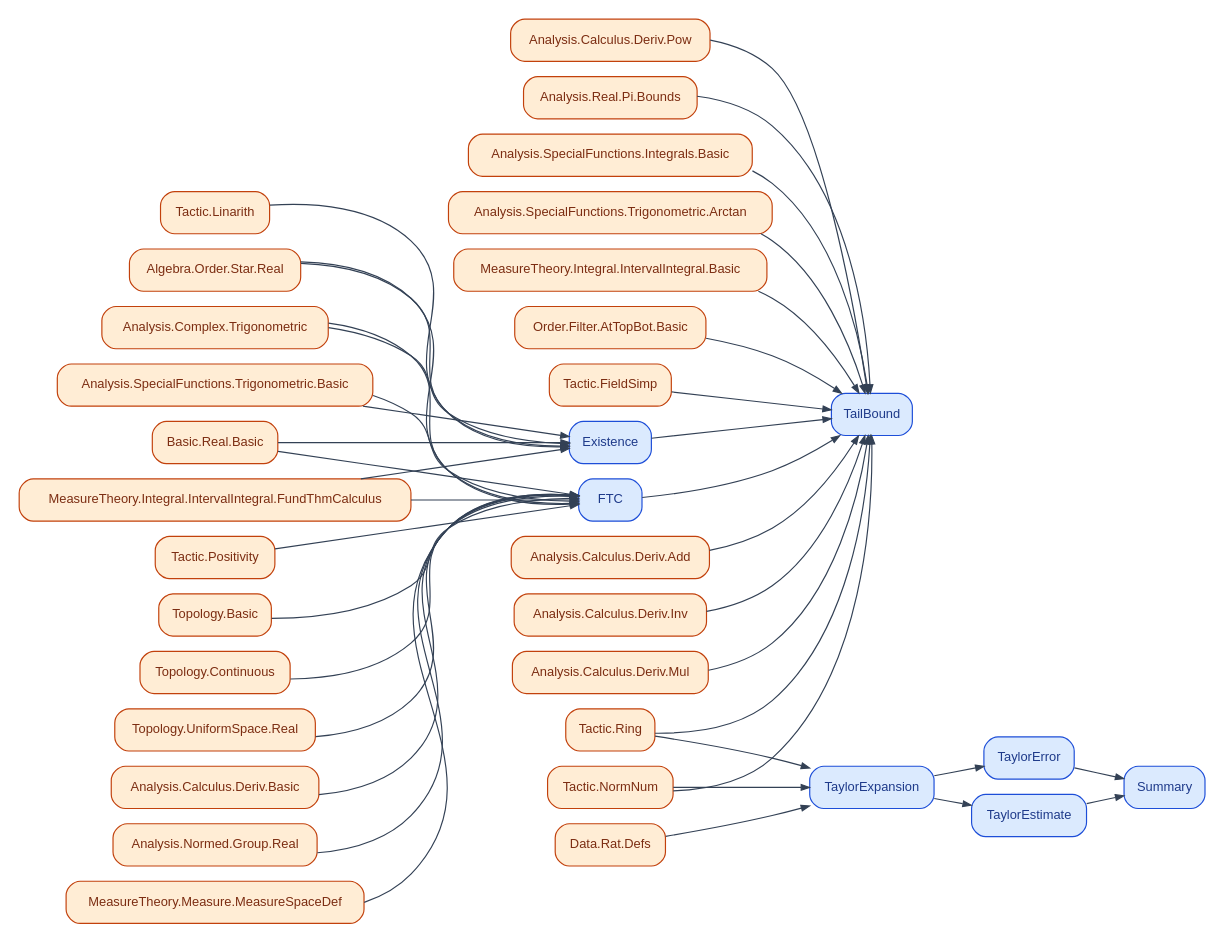
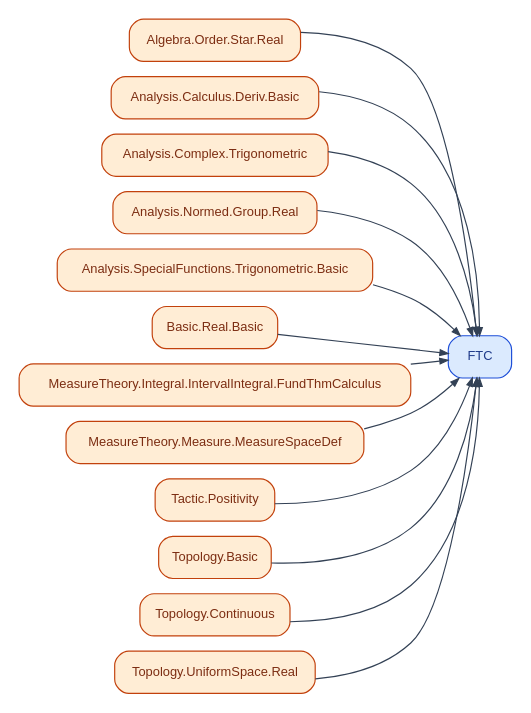
The diagram in figures/deps/Course21120.dot (catskillsresearch/BachelorsInMeasurementTheory), drawn with Graphviz before and after one commit. The commit also changed 157 other files, not shown here.

```diff
--- a/figures/deps/Course21120.dot
+++ b/figures/deps/Course21120.dot
@@ -1,80 +1,33 @@
 digraph Course21120 {
   rankdir=LR;
   graph [nodesep=0.18, ranksep=0.45, pad=0.12, bgcolor="white"];
   node [shape=box, style="rounded,filled", fontname="Helvetica", fontsize=11];
   edge [color="#334155", arrowsize=0.7];
 
   LAlgebraOrderStarReal [label="Algebra.Order.Star.Real", fillcolor="#ffedd5", color="#c2410c", fontcolor="#7c2d12"];
-  LAnalysisCalculusDerivAdd [label="Analysis.Calculus.Deriv.Add", fillcolor="#ffedd5", color="#c2410c", fontcolor="#7c2d12"];
   LAnalysisCalculusDerivBasic [label="Analysis.Calculus.Deriv.Basic", fillcolor="#ffedd5", color="#c2410c", fontcolor="#7c2d12"];
-  LAnalysisCalculusDerivInv [label="Analysis.Calculus.Deriv.Inv", fillcolor="#ffedd5", color="#c2410c", fontcolor="#7c2d12"];
-  LAnalysisCalculusDerivMul [label="Analysis.Calculus.Deriv.Mul", fillcolor="#ffedd5", color="#c2410c", fontcolor="#7c2d12"];
-  LAnalysisCalculusDerivPow [label="Analysis.Calculus.Deriv.Pow", fillcolor="#ffedd5", color="#c2410c", fontcolor="#7c2d12"];
   LAnalysisComplexTrigonometric [label="Analysis.Complex.Trigonometric", fillcolor="#ffedd5", color="#c2410c", fontcolor="#7c2d12"];
   LAnalysisNormedGroupReal [label="Analysis.Normed.Group.Real", fillcolor="#ffedd5", color="#c2410c", fontcolor="#7c2d12"];
-  LAnalysisRealPiBounds [label="Analysis.Real.Pi.Bounds", fillcolor="#ffedd5", color="#c2410c", fontcolor="#7c2d12"];
-  LAnalysisSpecialFunctionsIntegralsBasic [label="Analysis.SpecialFunctions.Integrals.Basic", fillcolor="#ffedd5", color="#c2410c", fontcolor="#7c2d12"];
-  LAnalysisSpecialFunctionsTrigonometricArctan [label="Analysis.SpecialFunctions.Trigonometric.Arctan", fillcolor="#ffedd5", color="#c2410c", fontcolor="#7c2d12"];
   LAnalysisSpecialFunctionsTrigonometricBasic [label="Analysis.SpecialFunctions.Trigonometric.Basic", fillcolor="#ffedd5", color="#c2410c", fontcolor="#7c2d12"];
   LBasicRealBasic [label="Basic.Real.Basic", fillcolor="#ffedd5", color="#c2410c", fontcolor="#7c2d12"];
-  LDataRatDefs [label="Data.Rat.Defs", fillcolor="#ffedd5", color="#c2410c", fontcolor="#7c2d12"];
-  LMeasureTheoryIntegralIntervalIntegralBasic [label="MeasureTheory.Integral.IntervalIntegral.Basic", fillcolor="#ffedd5", color="#c2410c", fontcolor="#7c2d12"];
   LMeasureTheoryIntegralIntervalIntegralFundThmCalculus [label="MeasureTheory.Integral.IntervalIntegral.FundThmCalculus", fillcolor="#ffedd5", color="#c2410c", fontcolor="#7c2d12"];
   LMeasureTheoryMeasureMeasureSpaceDef [label="MeasureTheory.Measure.MeasureSpaceDef", fillcolor="#ffedd5", color="#c2410c", fontcolor="#7c2d12"];
-  LOrderFilterAtTopBotBasic [label="Order.Filter.AtTopBot.Basic", fillcolor="#ffedd5", color="#c2410c", fontcolor="#7c2d12"];
-  LTacticFieldSimp [label="Tactic.FieldSimp", fillcolor="#ffedd5", color="#c2410c", fontcolor="#7c2d12"];
-  LTacticLinarith [label="Tactic.Linarith", fillcolor="#ffedd5", color="#c2410c", fontcolor="#7c2d12"];
-  LTacticNormNum [label="Tactic.NormNum", fillcolor="#ffedd5", color="#c2410c", fontcolor="#7c2d12"];
   LTacticPositivity [label="Tactic.Positivity", fillcolor="#ffedd5", color="#c2410c", fontcolor="#7c2d12"];
-  LTacticRing [label="Tactic.Ring", fillcolor="#ffedd5", color="#c2410c", fontcolor="#7c2d12"];
   LTopologyBasic [label="Topology.Basic", fillcolor="#ffedd5", color="#c2410c", fontcolor="#7c2d12"];
   LTopologyContinuous [label="Topology.Continuous", fillcolor="#ffedd5", color="#c2410c", fontcolor="#7c2d12"];
   LTopologyUniformSpaceReal [label="Topology.UniformSpace.Real", fillcolor="#ffedd5", color="#c2410c", fontcolor="#7c2d12"];
-  MExistence [label="Existence", fillcolor="#dbeafe", color="#1d4ed8", fontcolor="#1e3a8a"];
   MFTC [label="FTC", fillcolor="#dbeafe", color="#1d4ed8", fontcolor="#1e3a8a"];
-  MSummary [label="Summary", fillcolor="#dbeafe", color="#1d4ed8", fontcolor="#1e3a8a"];
-  MTailBound [label="TailBound", fillcolor="#dbeafe", color="#1d4ed8", fontcolor="#1e3a8a"];
-  MTaylorError [label="TaylorError", fillcolor="#dbeafe", color="#1d4ed8", fontcolor="#1e3a8a"];
-  MTaylorEstimate [label="TaylorEstimate", fillcolor="#dbeafe", color="#1d4ed8", fontcolor="#1e3a8a"];
-  MTaylorExpansion [label="TaylorExpansion", fillcolor="#dbeafe", color="#1d4ed8", fontcolor="#1e3a8a"];
 
-  LAlgebraOrderStarReal -> MExistence;
-  LAnalysisSpecialFunctionsTrigonometricBasic -> MExistence;
-  LAnalysisComplexTrigonometric -> MExistence;
-  LBasicRealBasic -> MExistence;
-  LMeasureTheoryIntegralIntervalIntegralFundThmCalculus -> MExistence;
-  LTacticLinarith -> MExistence;
-  LAlgebraOrderStarReal -> MFTC;
-  LTopologyContinuous -> MFTC;
-  LAnalysisSpecialFunctionsTrigonometricBasic -> MFTC;
-  LAnalysisComplexTrigonometric -> MFTC;
   LBasicRealBasic -> MFTC;
   LMeasureTheoryIntegralIntervalIntegralFundThmCalculus -> MFTC;
+  LAlgebraOrderStarReal -> MFTC;
   LTopologyUniformSpaceReal -> MFTC;
+  LAnalysisNormedGroupReal -> MFTC;
+  LAnalysisCalculusDerivBasic -> MFTC;
+  LTopologyContinuous -> MFTC;
   LTacticPositivity -> MFTC;
-  LAnalysisCalculusDerivBasic -> MFTC;
-  LAnalysisNormedGroupReal -> MFTC;
+  LAnalysisComplexTrigonometric -> MFTC;
+  LTopologyBasic -> MFTC;
+  LAnalysisSpecialFunctionsTrigonometricBasic -> MFTC;
   LMeasureTheoryMeasureMeasureSpaceDef -> MFTC;
-  LTopologyBasic -> MFTC;
-  MTaylorError -> MSummary;
-  MTaylorEstimate -> MSummary;
-  LTacticRing -> MTailBound;
-  LAnalysisCalculusDerivAdd -> MTailBound;
-  LMeasureTheoryIntegralIntervalIntegralBasic -> MTailBound;
-  LAnalysisSpecialFunctionsTrigonometricArctan -> MTailBound;
-  LAnalysisRealPiBounds -> MTailBound;
-  LAnalysisCalculusDerivMul -> MTailBound;
-  LAnalysisCalculusDerivPow -> MTailBound;
-  LAnalysisSpecialFunctionsIntegralsBasic -> MTailBound;
-  LOrderFilterAtTopBotBasic -> MTailBound;
-  LAnalysisCalculusDerivInv -> MTailBound;
-  LTacticNormNum -> MTailBound;
-  LTacticFieldSimp -> MTailBound;
-  MFTC -> MTailBound;
-  MExistence -> MTailBound;
-  MTaylorExpansion -> MTaylorError;
-  MTaylorExpansion -> MTaylorEstimate;
-  LDataRatDefs -> MTaylorExpansion;
-  LTacticNormNum -> MTaylorExpansion;
-  LTacticRing -> MTaylorExpansion;
 }
```
